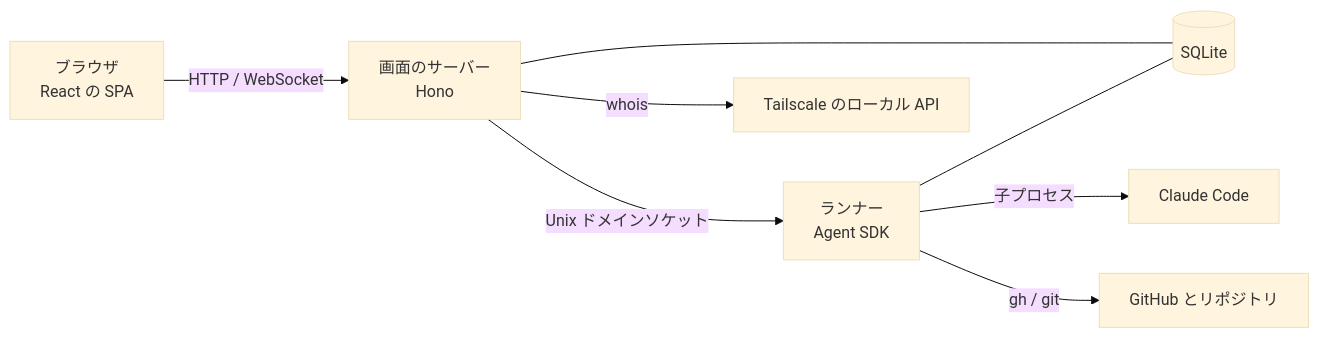
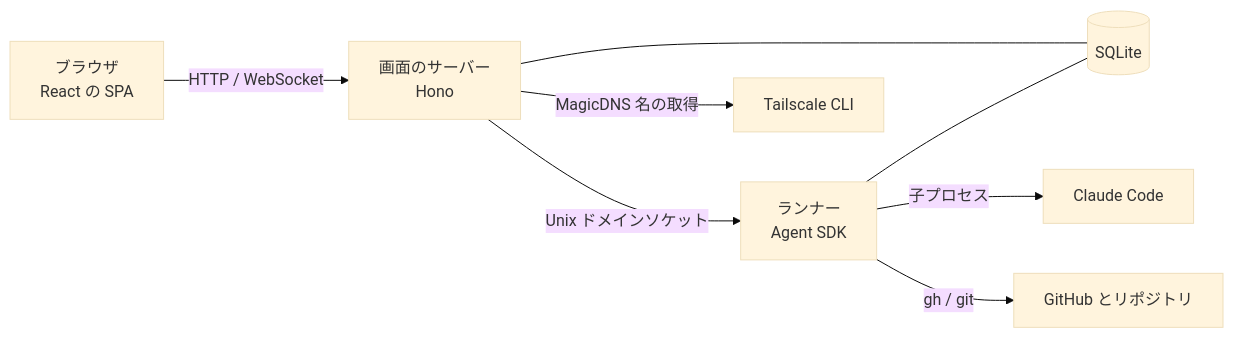
Before and after one commit to skanehira/sukuna: the diagram in docs/design/DESIGN.md, drawn with Mermaid (base theme). The commit also changed other lines of this file and 13 other files, not shown here.

````diff
--- a/docs/design/DESIGN.md
+++ b/docs/design/DESIGN.md
@@ -31,10 +31,10 @@
 ```mermaid
 flowchart LR
   B[ブラウザ<br>React の SPA] -- HTTP / WebSocket --> S[画面のサーバー<br>Hono]
   S -- Unix ドメインソケット --> R[ランナー<br>Agent SDK]
   S --- D[(SQLite)]
   R --- D
   R -- 子プロセス --> C[Claude Code]
   R -- gh / git --> G[GitHub とリポジトリ]
-  S -- whois --> T[Tailscale のローカル API]
+  S -->|MagicDNS 名の取得| T[Tailscale CLI]
 ```
````
